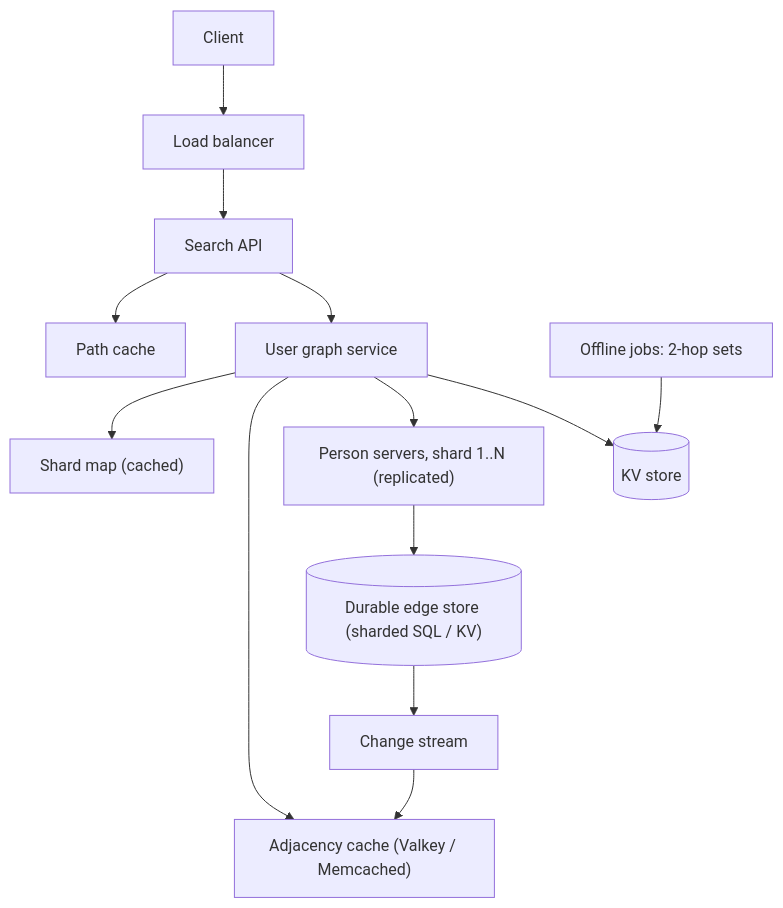
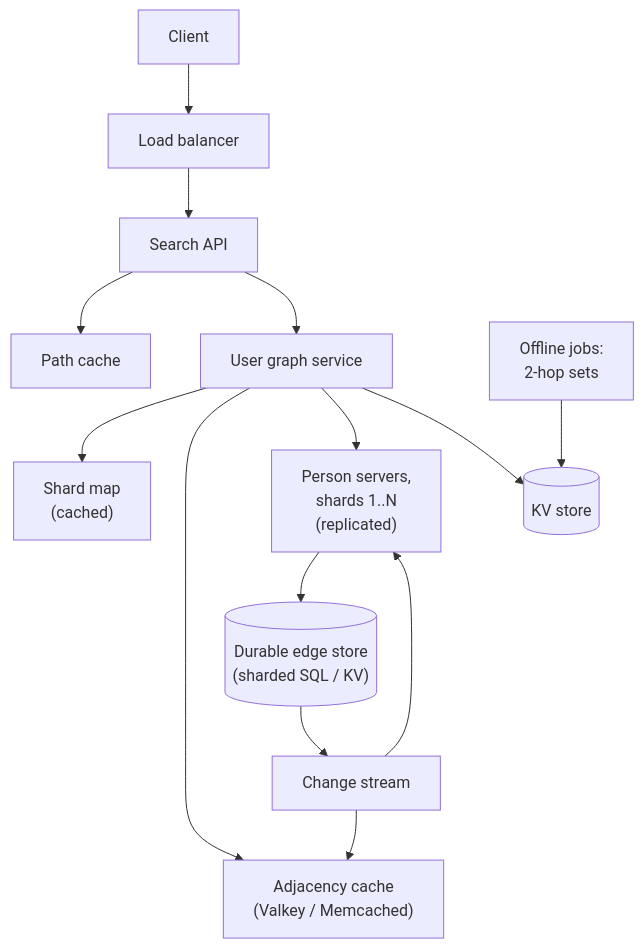
The second of 2 diagrams in src/content/docs/practice/social-graph.mdx (butyavk/system-design), drawn with Mermaid before and after one commit. The commit also changed other lines of this file and 144 other files, not shown here.

````diff
--- a/src/content/docs/practice/social-graph.mdx
+++ b/src/content/docs/practice/social-graph.mdx
@@ -270,15 +270,16 @@
 ```mermaid
 flowchart TD
   client["Client"] --> lb["Load balancer"]
   lb --> search["Search API"]
   search --> pathcache["Path cache"]
   search --> ugs["User graph service"]
-  ugs --> dircache["Shard map (cached)"]
-  ugs --> cache["Adjacency cache (Valkey / Memcached)"]
-  ugs --> p1["Person servers, shard 1..N (replicated)"]
-  p1 --> store[("Durable edge store (sharded SQL / KV)")]
+  ugs --> dircache["Shard map<br/>(cached)"]
+  ugs --> cache["Adjacency cache<br/>(Valkey / Memcached)"]
+  ugs --> p1["Person servers,<br/>shards 1..N<br/>(replicated)"]
+  p1 --> store[("Durable edge store<br/>(sharded SQL / KV)")]
   store --> cdc["Change stream"]
   cdc --> cache
-  batch["Offline jobs: 2-hop sets"] --> kv[("KV store")]
+  cdc --> p1
+  batch["Offline jobs:<br/>2-hop sets"] --> kv[("KV store")]
   ugs --> kv
 ```
````
